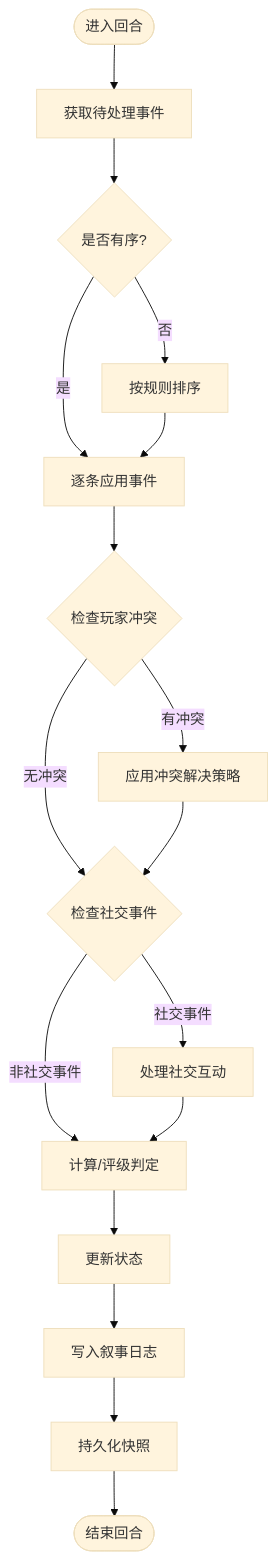
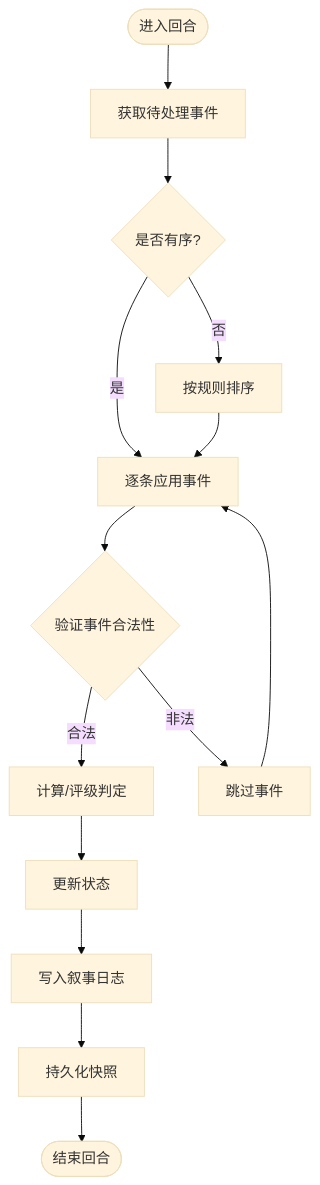
The fourth of 9 diagrams in .qoder/repowiki/zh/content/运行时系统/公共生存模式.md (Ivandanslespace/thegreatnovel), drawn with Mermaid (base theme) before and after one commit. The commit also changed other lines of this file and 100 other files, not shown here.

````diff
--- a/.qoder/repowiki/zh/content/运行时系统/公共生存模式.md
+++ b/.qoder/repowiki/zh/content/运行时系统/公共生存模式.md
@@ -272,19 +237,16 @@
 ```mermaid
 flowchart TD
 Start(["进入回合"]) --> FetchEvents["获取待处理事件"]
 FetchEvents --> SortEvents{"是否有序?"}
 SortEvents --> |否| Order["按规则排序"]
 SortEvents --> |是| ApplyLoop["逐条应用事件"]
 Order --> ApplyLoop
-ApplyLoop --> CheckConflict{"检查玩家冲突"}
-CheckConflict --> |有冲突| Resolve["应用冲突解决策略"]
-CheckConflict --> |无冲突| SocialCheck{"检查社交事件"}
-Resolve --> SocialCheck
-SocialCheck --> |社交事件| HandleSocial["处理社交互动"]
-SocialCheck --> |非社交事件| CalcCheck["计算/评级判定"]
-HandleSocial --> CalcCheck
+ApplyLoop --> Validate{"验证事件合法性"}
+Validate --> |合法| CalcCheck["计算/评级判定"]
+Validate --> |非法| Skip["跳过事件"]
 CalcCheck --> StateUpdate["更新状态"]
 StateUpdate --> LogWrite["写入叙事日志"]
 LogWrite --> Persist["持久化快照"]
 Persist --> End(["结束回合"])
+Skip --> ApplyLoop
 ```
````
